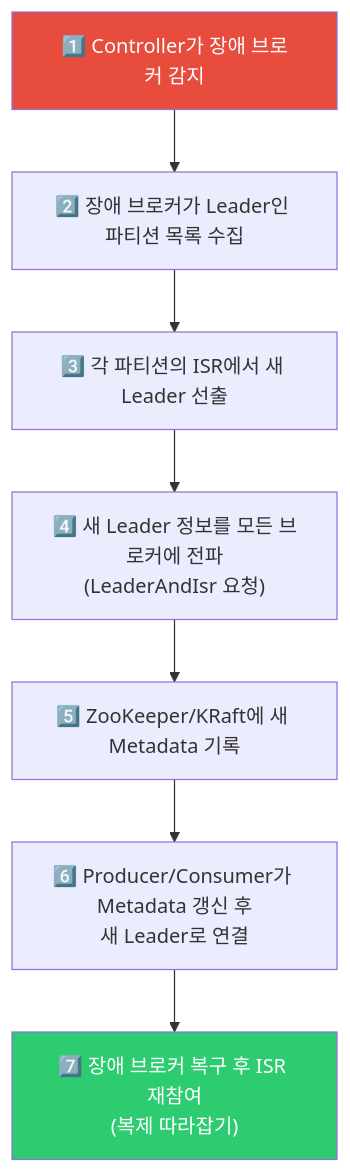
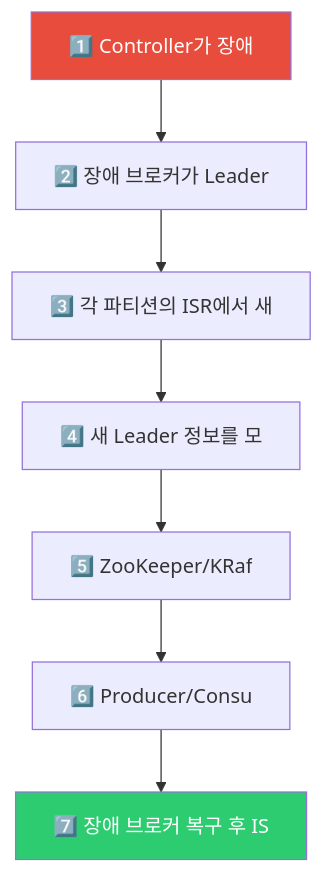
One commit to yjkim2015/yjkim2015.github.io changed the seventh of 8 diagrams in _posts/kafka/2026-05-01-kafka-broker-deep.md. Above: the diagram before and after it, drawn with Mermaid. The commit also changed other lines of this file and 271 other files, not shown here.

First line of the commit message:
Mermaid 라벨 축소: 긴 노드 텍스트 18자 이하로 트림 + \n 제거

````diff
--- a/_posts/kafka/2026-05-01-kafka-broker-deep.md
+++ b/_posts/kafka/2026-05-01-kafka-broker-deep.md
@@ -275,13 +275,13 @@
 ```mermaid
 flowchart TD
-    A["1️⃣ Controller가 장애 브로커 감지"]
-    B["2️⃣ 장애 브로커가 Leader인 파티션 목록 수집"]
-    C["3️⃣ 각 파티션의 ISR에서 새 Leader 선출"]
-    D["4️⃣ 새 Leader 정보를 모든 브로커에 전파\n(LeaderAndIsr 요청)"]
-    E["5️⃣ ZooKeeper/KRaft에 새 Metadata 기록"]
-    F["6️⃣ Producer/Consumer가 Metadata 갱신 후\n새 Leader로 연결"]
-    G["7️⃣ 장애 브로커 복구 후 ISR 재참여\n(복제 따라잡기)"]
+    A["1️⃣ Controller가 장애"]
+    B["2️⃣ 장애 브로커가 Leader"]
+    C["3️⃣ 각 파티션의 ISR에서 새"]
+    D["4️⃣ 새 Leader 정보를 모"]
+    E["5️⃣ ZooKeeper/KRaf"]
+    F["6️⃣ Producer/Consu"]
+    G["7️⃣ 장애 브로커 복구 후 IS"]
     A --> B --> C --> D --> E --> F --> G
     style A fill:#e74c3c,color:#fff
     style G fill:#2ecc71,color:#fff
 ```
````
